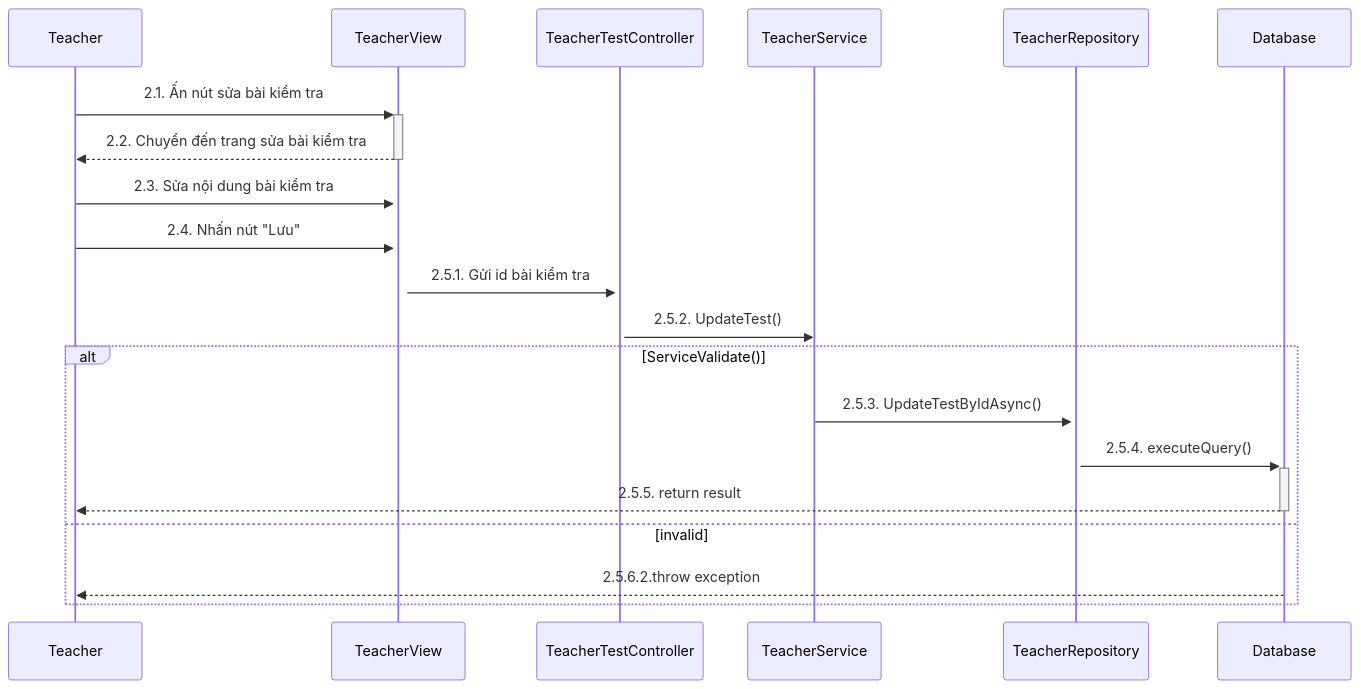
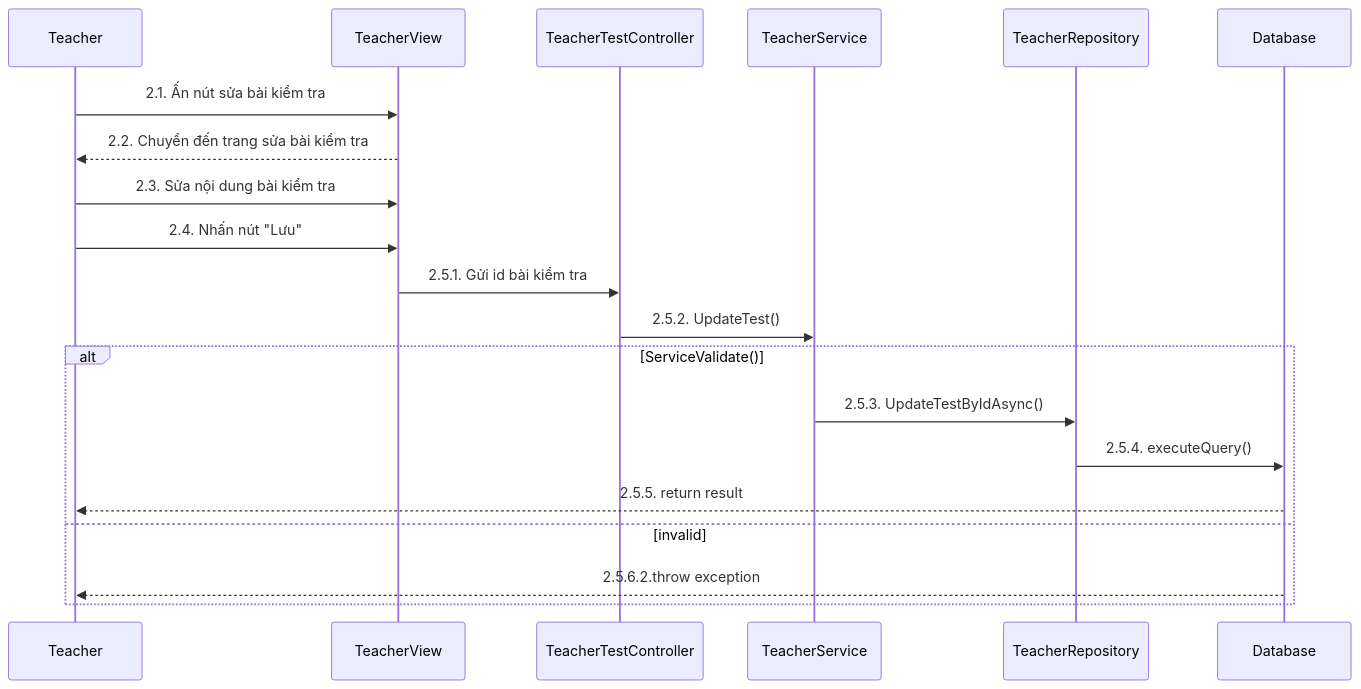
Before and after one commit to LienNTB/sequence-CNPM: the diagram in sequence/teacher/Sequence-2-2.GiangVienCapNhatBaiKiemTra.mmd, drawn with Mermaid. The commit also changed 10 other files, not shown here.

```diff
--- a/sequence/teacher/Sequence-2-2.GiangVienCapNhatBaiKiemTra.mmd
+++ b/sequence/teacher/Sequence-2-2.GiangVienCapNhatBaiKiemTra.mmd
@@ -1,23 +1,23 @@
 
 sequenceDiagram
     participant Teacher
     participant TeacherView
     participant TeacherTestController
     participant TeacherService
     participant TeacherRepository
     participant Database
 
-    Teacher->>+TeacherView: 2.1. Ấn nút sửa bài kiểm tra
-    TeacherView-->>-Teacher: 2.2. Chuyển đến trang sửa bài kiểm tra
-    Teacher->>+TeacherView: 2.3. Sửa nội dung bài kiểm tra
-    Teacher->>+TeacherView: 2.4. Nhấn nút "Lưu"
-    TeacherView->>+TeacherTestController: 2.5.1. Gửi id bài kiểm tra
+    Teacher->>TeacherView: 2.1. Ấn nút sửa bài kiểm tra
+    TeacherView-->>Teacher: 2.2. Chuyển đến trang sửa bài kiểm tra
+    Teacher->>TeacherView: 2.3. Sửa nội dung bài kiểm tra
+    Teacher->>TeacherView: 2.4. Nhấn nút "Lưu"
+    TeacherView->>TeacherTestController: 2.5.1. Gửi id bài kiểm tra
     TeacherTestController->>TeacherService: 2.5.2. UpdateTest()
     alt ServiceValidate()
-        TeacherService->>+TeacherRepository: 2.5.3. UpdateTestByIdAsync()
-        TeacherRepository->>+Database: 2.5.4. executeQuery()
+        TeacherService->>TeacherRepository: 2.5.3. UpdateTestByIdAsync()
+        TeacherRepository->>Database: 2.5.4. executeQuery()
 
-        Database-->>-Teacher: 2.5.5. return result
+        Database-->>Teacher: 2.5.5. return result
     else invalid
          Database-->>Teacher: 2.5.6.2.throw exception
     end
```
